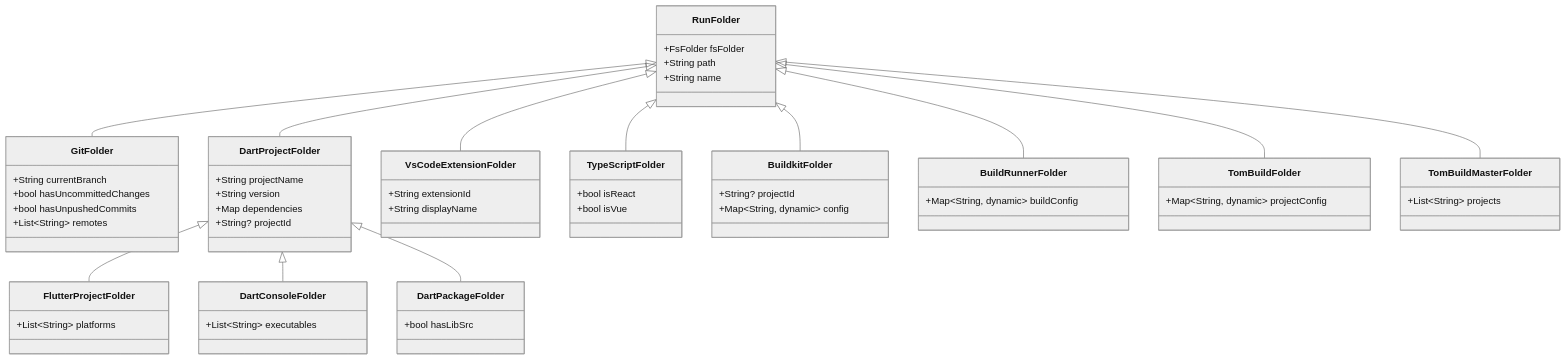
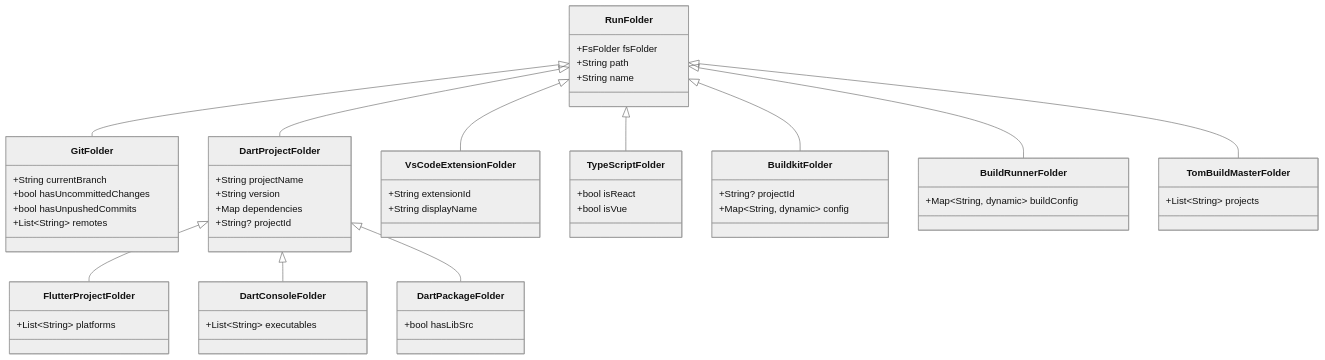
Before and after one commit to al-the-bear/tom_basics: diagram 12 of 16 in tom_build_base/_copilot_guidelines/cli_v2_design.md, drawn with Mermaid (neutral theme). The commit also changed other lines of this file and 20 other files, not shown here.

First line of the commit message:
tom_build_base 2.25.0: the project identity comes from buildkit.yaml (build_tom build_cleanup5)

````diff
--- a/tom_build_base/_copilot_guidelines/cli_v2_design.md
+++ b/tom_build_base/_copilot_guidelines/cli_v2_design.md
@@ -1280,73 +1279,68 @@
 ```mermaid
 classDiagram
     class RunFolder {
         +FsFolder fsFolder
         +String path
         +String name
     }
     
     class GitFolder {
         +String currentBranch
         +bool hasUncommittedChanges
         +bool hasUnpushedCommits
         +List~String~ remotes
     }
     
     class DartProjectFolder {
         +String projectName
         +String version
         +Map dependencies
         +String? projectId
     }
     
     class FlutterProjectFolder {
         +List~String~ platforms
     }
     
     class DartConsoleFolder {
         +List~String~ executables
     }
     
     class DartPackageFolder {
         +bool hasLibSrc
     }
     
     class VsCodeExtensionFolder {
         +String extensionId
         +String displayName
     }
     
     class TypeScriptFolder {
         +bool isReact
         +bool isVue
     }
     
     class BuildkitFolder {
         +String? projectId
         +Map~String, dynamic~ config
     }
     
     class BuildRunnerFolder {
         +Map~String, dynamic~ buildConfig
     }
     
-    class TomBuildFolder {
-        +Map~String, dynamic~ projectConfig
-    }
-    
     class TomBuildMasterFolder {
         +List~String~ projects
     }
     
     RunFolder <|-- GitFolder
     RunFolder <|-- DartProjectFolder
     DartProjectFolder <|-- FlutterProjectFolder
     DartProjectFolder <|-- DartConsoleFolder
     DartProjectFolder <|-- DartPackageFolder
     RunFolder <|-- VsCodeExtensionFolder
     RunFolder <|-- TypeScriptFolder
     RunFolder <|-- BuildkitFolder
     RunFolder <|-- BuildRunnerFolder
-    RunFolder <|-- TomBuildFolder
     RunFolder <|-- TomBuildMasterFolder
 ```
````
